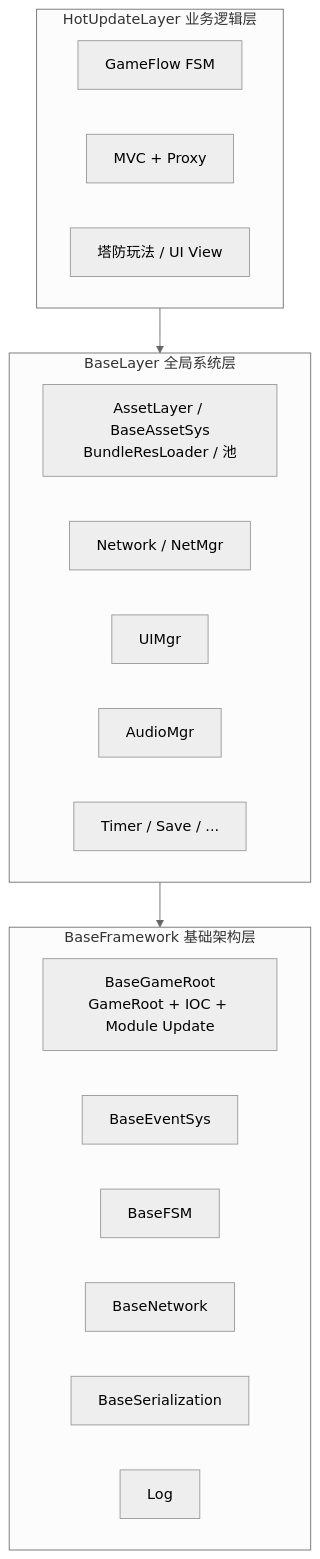
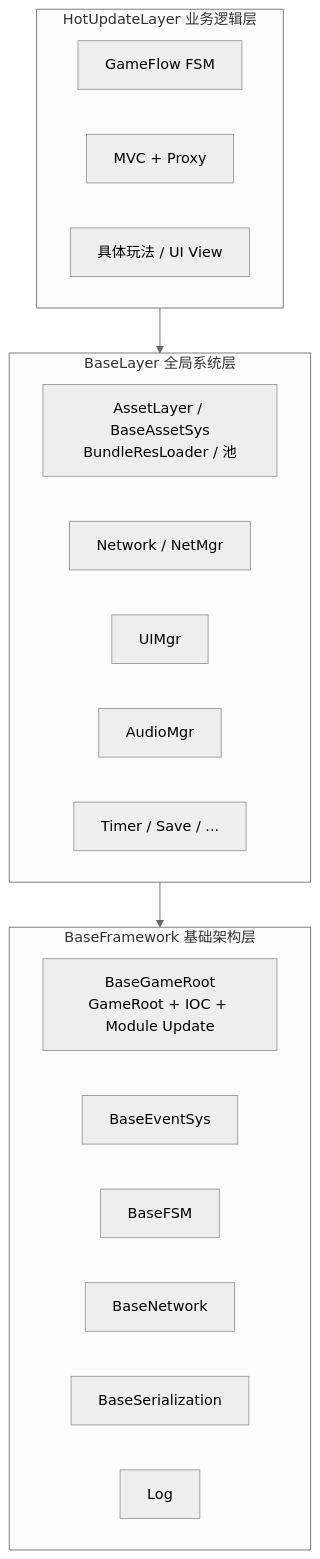
The first of 3 diagrams in vframework/Assets/vFramework/Docs/FrameworkDesign.md (Newzhi/vframework4UnityGame), drawn with Mermaid (neutral theme) before and after one commit. The commit also changed other lines of this file and 5 other files, not shown here.

````diff
--- a/vframework/Assets/vFramework/Docs/FrameworkDesign.md
+++ b/vframework/Assets/vFramework/Docs/FrameworkDesign.md
@@ -19,28 +19,28 @@
 ```mermaid
 flowchart TB
     subgraph L3["HotUpdateLayer 业务逻辑层"]
         Flow["GameFlow FSM"]
         MVC["MVC + Proxy"]
-        Gameplay["塔防玩法 / UI View"]
+        Gameplay["具体玩法 / UI View"]
     end
 
     subgraph L2["BaseLayer 全局系统层"]
         Asset["AssetLayer / BaseAssetSys<br/>BundleResLoader / 池"]
         Net["Network / NetMgr"]
         UI["UIMgr"]
         Audio["AudioMgr"]
         Other["Timer / Save / ..."]
     end
 
     subgraph L1["BaseFramework 基础架构层"]
         Root["BaseGameRoot<br/>GameRoot + IOC + Module Update"]
         Event["BaseEventSys"]
         FSM["BaseFSM"]
         NetCore["BaseNetwork"]
         Ser["BaseSerialization"]
         Log["Log"]
     end
 
     L3 --> L2
     L2 --> L1
 ```
````
